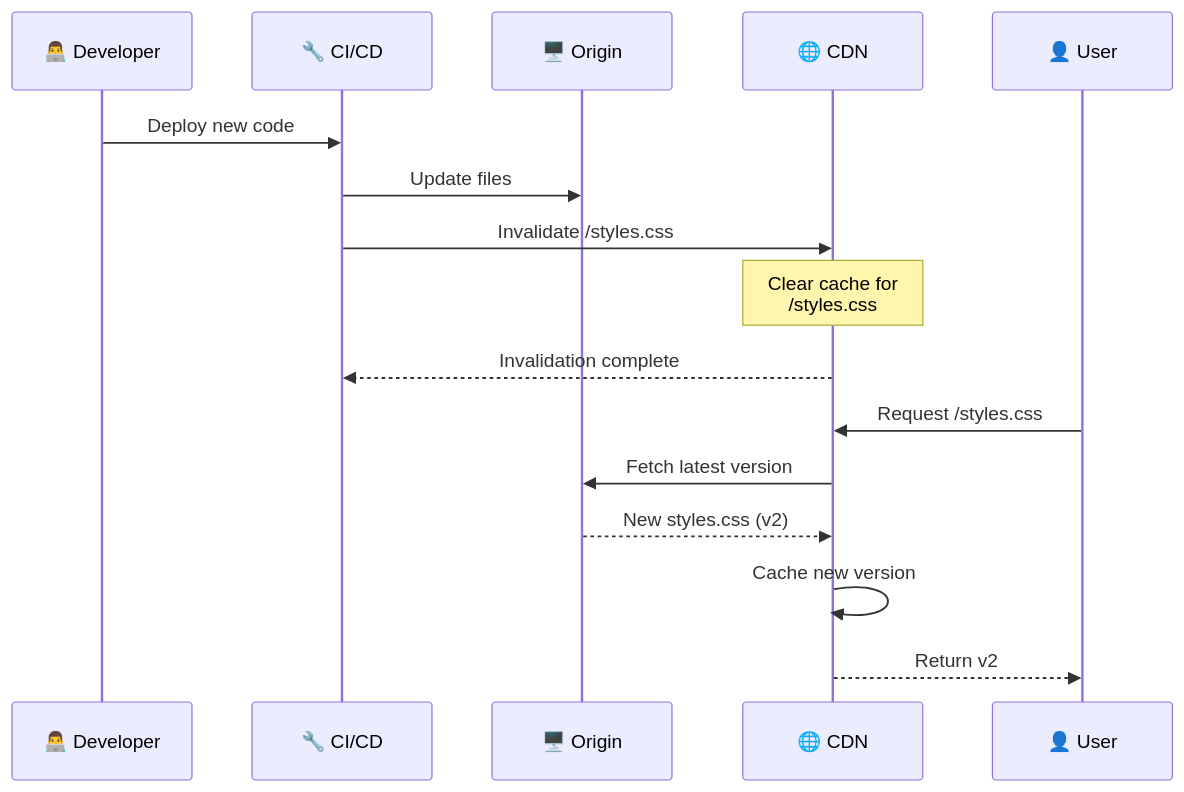
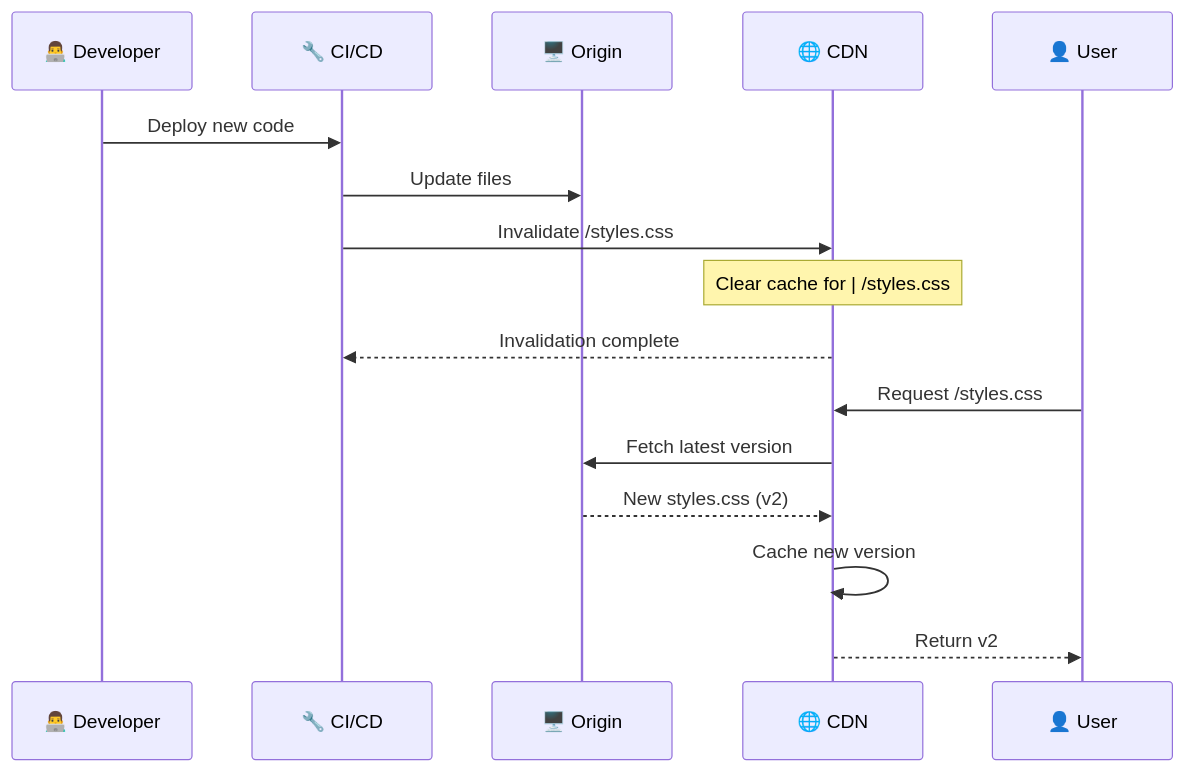
Before and after one commit to p1kmr/for-reading: the eighth of 18 diagrams in HLD/foundation/06_cdn.md, drawn with Mermaid. The commit also changed other lines of this file and 14 other files, not shown here.

Commit message:
Fix Mermaid diagram syntax: Replace <br/> with <br> for GitHub compatibility

````diff
--- a/HLD/foundation/06_cdn.md
+++ b/HLD/foundation/06_cdn.md
@@ -329,22 +329,22 @@
 ```mermaid
 sequenceDiagram
     participant Dev as 👨‍💻 Developer
     participant CI as 🔧 CI/CD
     participant Origin as 🖥️ Origin
     participant CDN as 🌐 CDN
     participant User as 👤 User
 
     Dev->>CI: Deploy new code
     CI->>Origin: Update files
     CI->>CDN: Invalidate /styles.css
 
-    Note over CDN: Clear cache for<br/>/styles.css
+    Note over CDN: Clear cache for | /styles.css
 
     CDN-->>CI: Invalidation complete
 
     User->>CDN: Request /styles.css
     CDN->>Origin: Fetch latest version
     Origin-->>CDN: New styles.css (v2)
     CDN->>CDN: Cache new version
     CDN-->>User: Return v2
 ```
````
